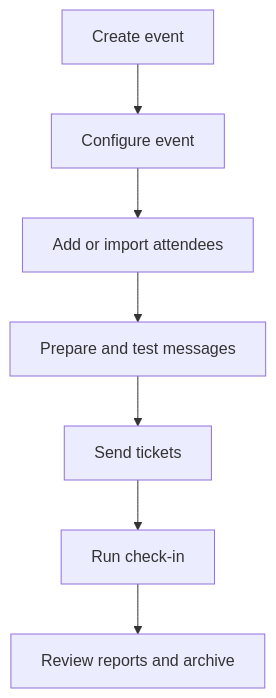
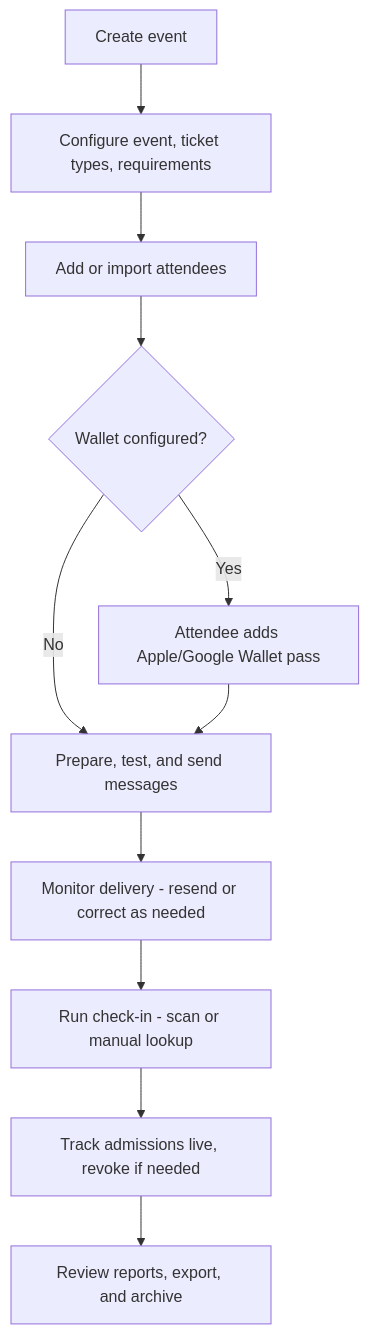
The diagram in docs/wiki/Home.md (solarssk/admitto), drawn with Mermaid before and after one commit. The commit also changed other lines of this file and 8 other files, not shown here.

````diff
--- a/docs/wiki/Home.md
+++ b/docs/wiki/Home.md
@@ -21,9 +21,13 @@
 ```mermaid
 flowchart TD
-    create[Create event] --> configure[Configure event]
+    create[Create event] --> configure[Configure event, ticket types, requirements]
     configure --> attendees[Add or import attendees]
-    attendees --> messages[Prepare and test messages]
-    messages --> tickets[Send tickets]
-    tickets --> checkin[Run check-in]
-    checkin --> close[Review reports and archive]
+    attendees --> wallet{Wallet configured?}
+    wallet -->|Yes| pass[Attendee adds Apple/Google Wallet pass]
+    wallet -->|No| messages
+    pass --> messages[Prepare, test, and send messages]
+    messages --> monitor[Monitor delivery - resend or correct as needed]
+    monitor --> checkin[Run check-in - scan or manual lookup]
+    checkin --> live[Track admissions live, revoke if needed]
+    live --> close[Review reports, export, and archive]
 ```
````
